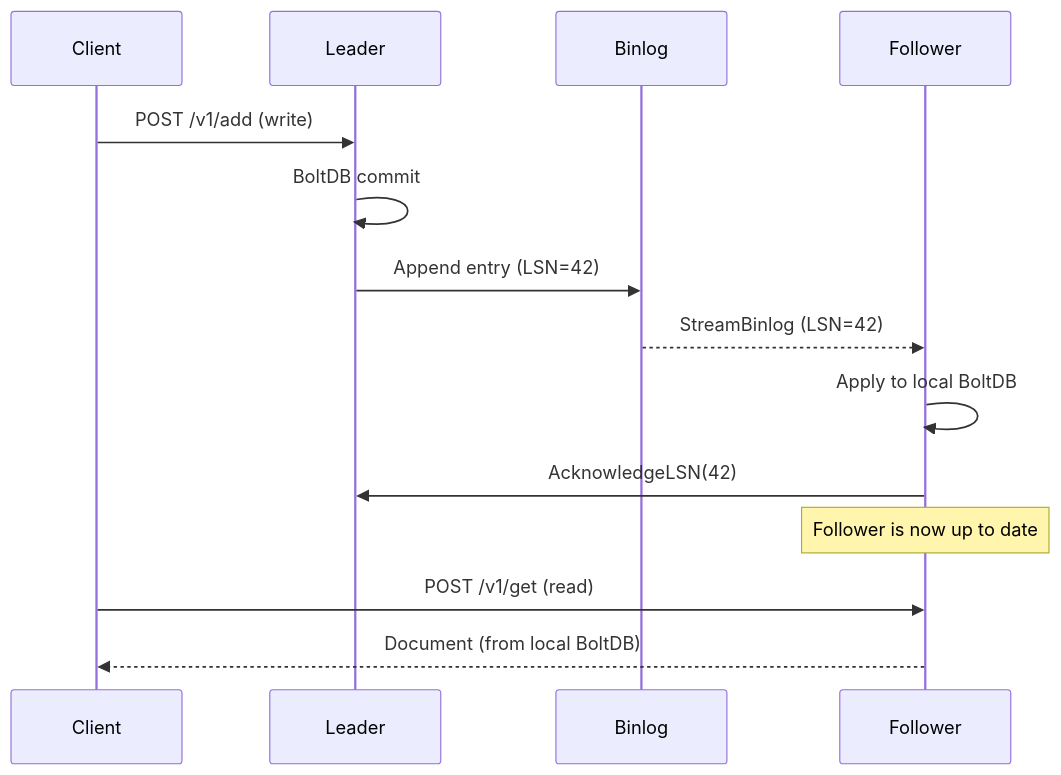
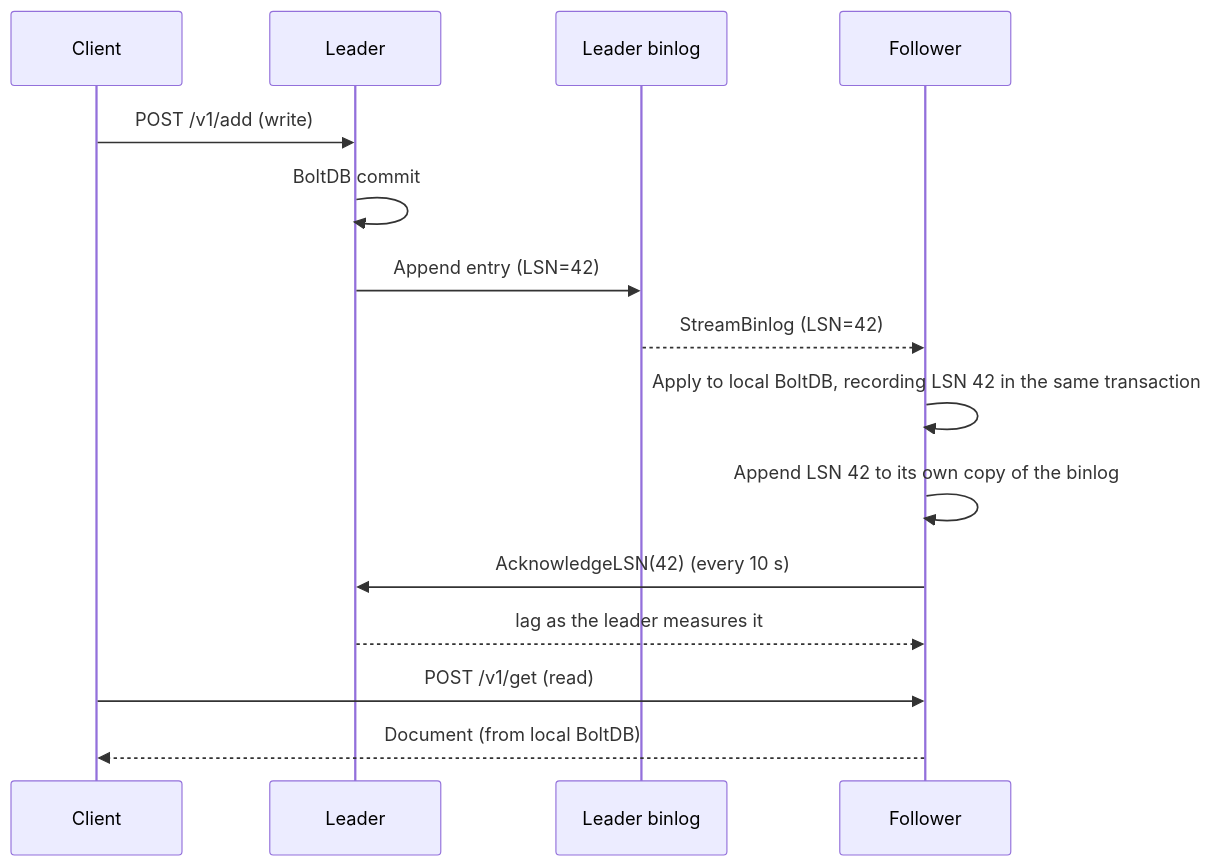
One commit to tradik/mddb changed the second of 3 diagrams in docs/REPLICATION.md. Above: the diagram before and after it, drawn with Mermaid. The commit also changed other lines of this file and 53 other files, not shown here.

````diff
--- a/docs/REPLICATION.md
+++ b/docs/REPLICATION.md
@@ -27,18 +29,19 @@
 ```mermaid
 sequenceDiagram
     participant C as Client
     participant L as Leader
-    participant BL as Binlog
+    participant BL as Leader binlog
     participant F as Follower
 
     C->>L: POST /v1/add (write)
     L->>L: BoltDB commit
     L->>BL: Append entry (LSN=42)
     BL-->>F: StreamBinlog (LSN=42)
-    F->>F: Apply to local BoltDB
-    F->>L: AcknowledgeLSN(42)
+    F->>F: Apply to local BoltDB, recording LSN 42 in the same transaction
+    F->>F: Append LSN 42 to its own copy of the binlog
+    F->>L: AcknowledgeLSN(42) (every 10 s)
+    L-->>F: lag as the leader measures it
 
-    Note over F: Follower is now up to date
     C->>F: POST /v1/get (read)
     F-->>C: Document (from local BoltDB)
 ```
````
